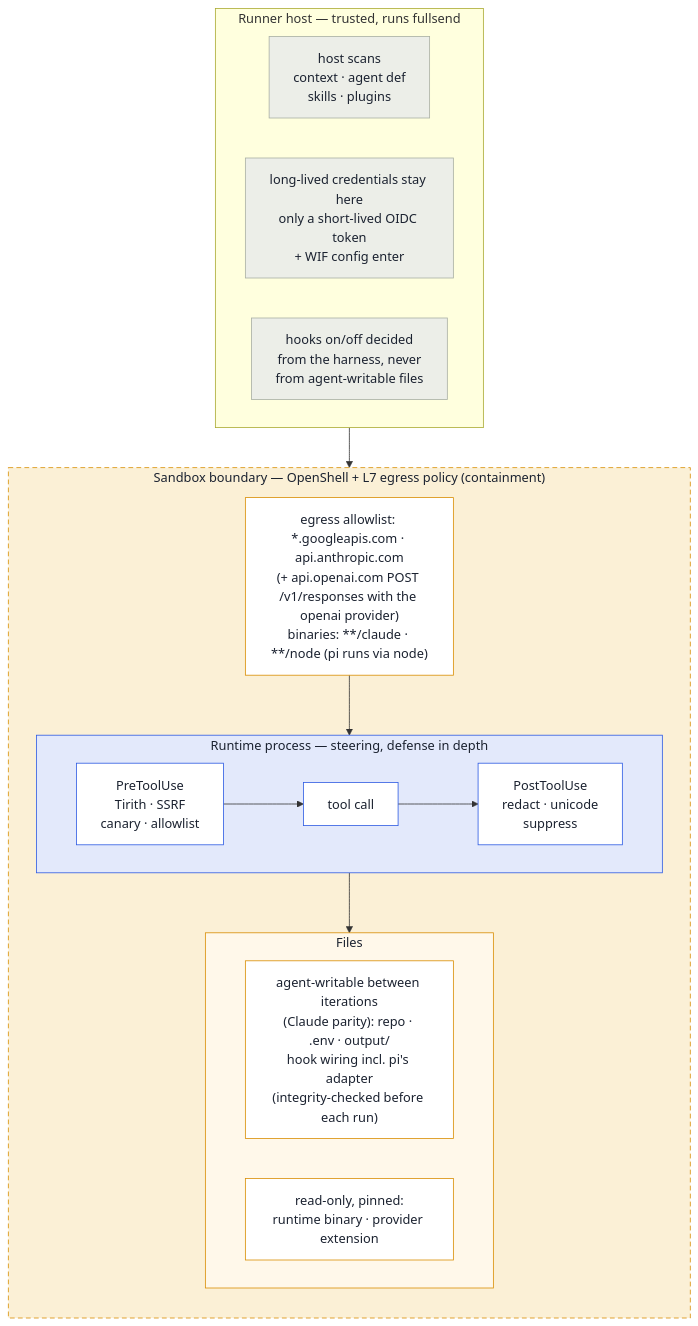
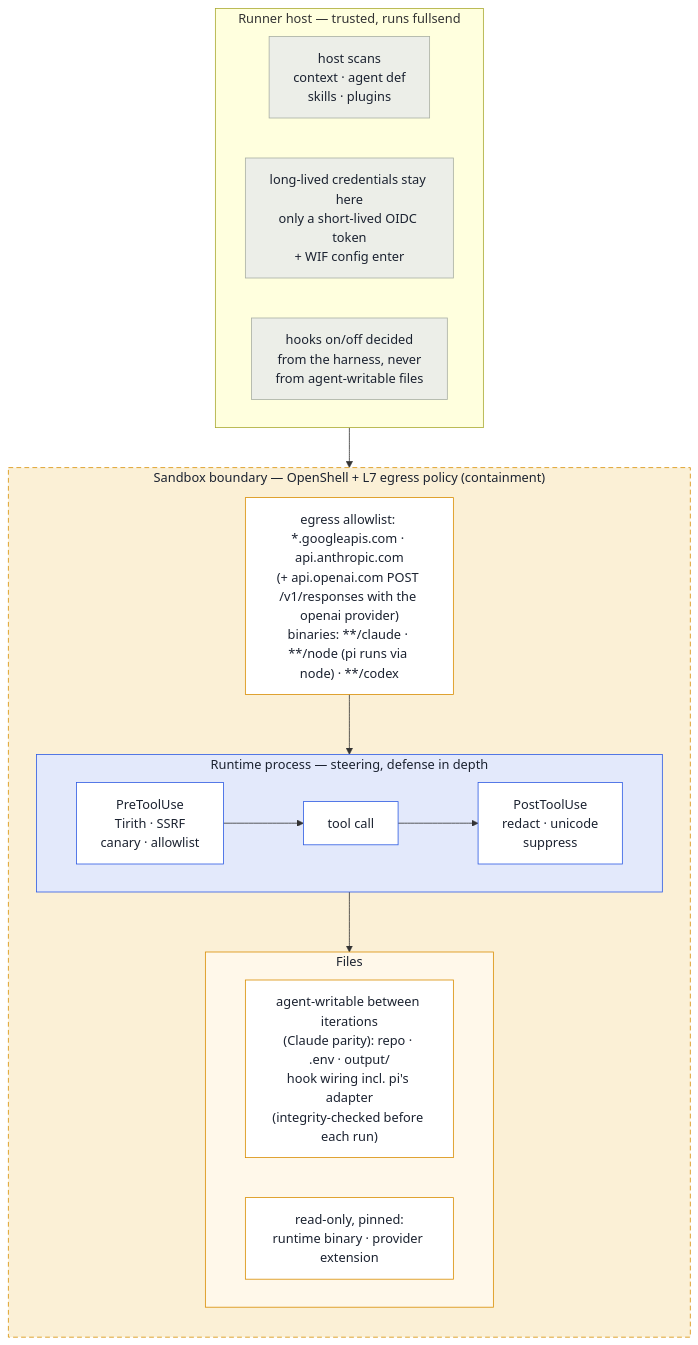
Before and after one commit to dhshah13/fullsend: the first of 2 diagrams in docs/contributing/runtime-implementation.md, drawn with Mermaid. The commit also changed other lines of this file and 1 other file, not shown here.

Commit message:
fix(profiles): allow the codex binary on the fullsend-openai profile
The profile's binaries: rule decides which executable the gateway lets
open a connection to api.openai.com. pi issues its requests from node,
but codex's npm launcher (bin/codex.js) spawns the per-platform native
binary and that process makes the calls itself — so a codex run on this
profile would have every request refused by the proxy, with nothing in
the agent's log to explain it.

Refs #6920

````diff
--- a/docs/contributing/runtime-implementation.md
+++ b/docs/contributing/runtime-implementation.md
@@ -47,36 +47,36 @@
 ```mermaid
 flowchart TB
   subgraph HOST["Runner host — trusted, runs fullsend"]
     direction LR
     SCAN["host scans\ncontext · agent def\nskills · plugins"]
     CRED["long-lived credentials stay here\nonly a short-lived OIDC token\n+ WIF config enter"]
     SIG["hooks on/off decided\nfrom the harness, never\nfrom agent-writable files"]
   end
   subgraph SB["Sandbox boundary — OpenShell + L7 egress policy (containment)"]
     direction TB
-    EG["egress allowlist: *.googleapis.com · api.anthropic.com\n(+ api.openai.com POST /v1/responses with the openai provider)\nbinaries: **/claude · **/node (pi runs via node)"]
+    EG["egress allowlist: *.googleapis.com · api.anthropic.com\n(+ api.openai.com POST /v1/responses with the openai provider)\nbinaries: **/claude · **/node (pi runs via node) · **/codex"]
     subgraph PROC["Runtime process — steering, defense in depth"]
       direction LR
       PRE["PreToolUse\nTirith · SSRF\ncanary · allowlist"]
       TOOL["tool call"]
       POST["PostToolUse\nredact · unicode\nsuppress"]
       PRE --> TOOL --> POST
     end
     subgraph FS["Files"]
       direction LR
       WR["agent-writable between iterations\n(Claude parity): repo · .env · output/\nhook wiring incl. pi's adapter\n(integrity-checked before each run)"]
       RO["read-only, pinned:\nruntime binary · provider extension"]
     end
     EG --> PROC --> FS
   end
   HOST --> SB
   style SB fill:#fbf0d6,stroke:#d98e04,stroke-dasharray:6 4,color:#1b2230
   style PROC fill:#e3e9fb,stroke:#2d5be3,color:#1b2230
   style FS fill:#fff8ea,stroke:#d98e04,color:#1b2230
   classDef boundary fill:#fff,stroke:#d98e04,color:#1b2230;
   classDef steer fill:#fff,stroke:#2d5be3,color:#1b2230;
   classDef host fill:#eceee8,stroke:#a9afa4,color:#1b2230;
   class EG,WR,RO boundary;
   class PRE,TOOL,POST steer;
   class SCAN,CRED,SIG host;
 ```
````
